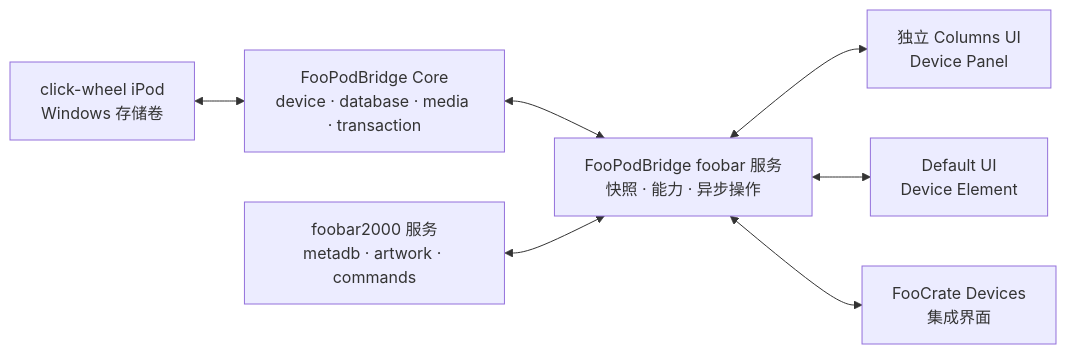
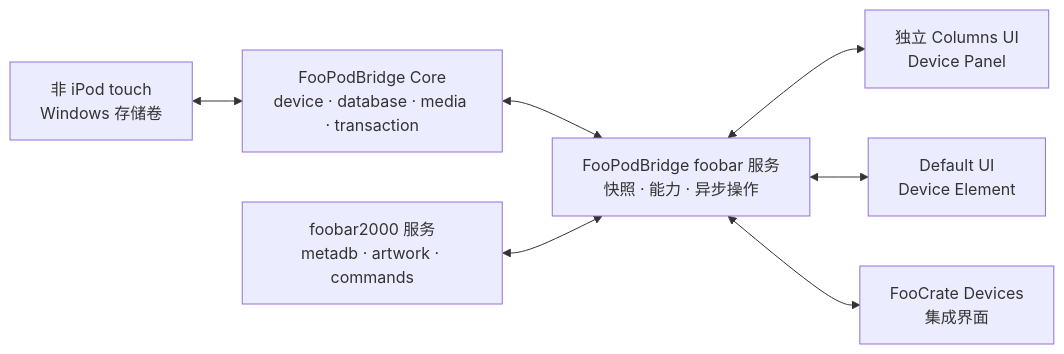
The diagram in docs/ARCHITECTURE.md (Dropjack/FooPodBridge), drawn with Mermaid before and after one commit. The commit also changed other lines of this file and 34 other files, not shown here.

Commit message:
feat: add hash58 core and broaden iPod support roadmap

````diff
--- a/docs/ARCHITECTURE.md
+++ b/docs/ARCHITECTURE.md
@@ -22,17 +22,17 @@
 ```mermaid
 flowchart LR
-    IPOD["click-wheel iPod\nWindows 存储卷"]
+    IPOD["非 iPod touch\nWindows 存储卷"]
     CORE["FooPodBridge Core\ndevice · database · media · transaction"]
     SERVICE["FooPodBridge foobar 服务\n快照 · 能力 · 异步操作"]
     CUI["独立 Columns UI\nDevice Panel"]
     DUI["Default UI\nDevice Element"]
     FOOCRATE["FooCrate Devices\n集成界面"]
     FB["foobar2000 服务\nmetadb · artwork · commands"]
 
     IPOD <--> CORE
     CORE <--> SERVICE
     SERVICE <--> CUI
     SERVICE <--> DUI
     SERVICE <--> FOOCRATE
     FB <--> SERVICE
 ```
````
